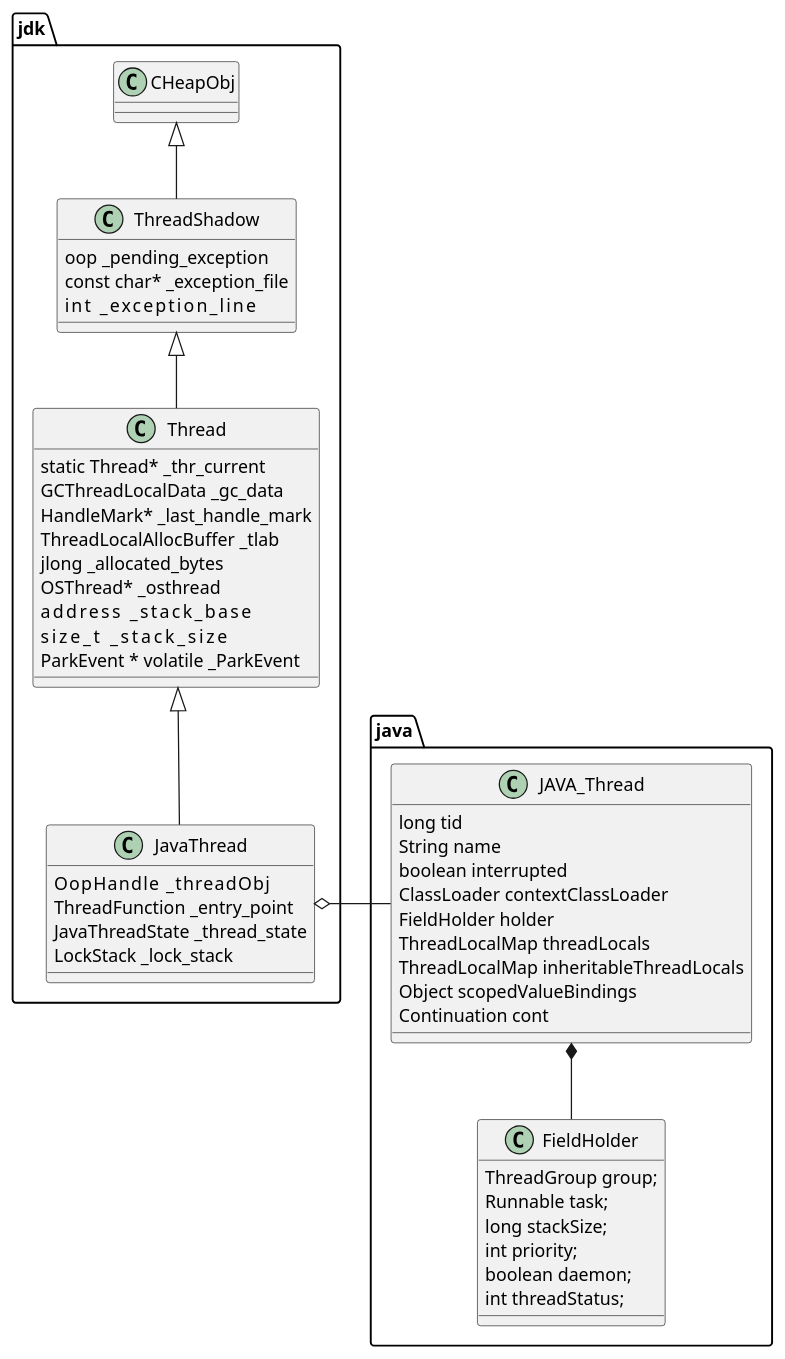
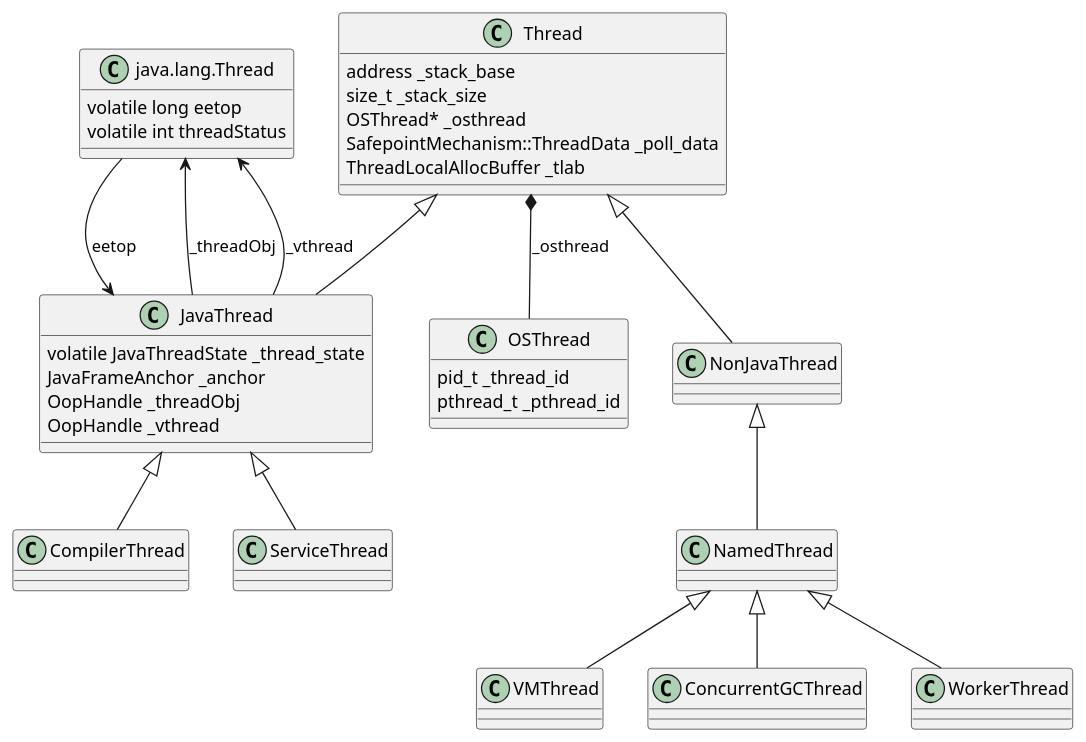
The first of 5 diagrams in content/post/java/jvm/thread/index.md (kevinwang930/kevinwang930.github.io), drawn with PlantUML before and after one commit. The commit also changed other lines of this file and 4 other files, not shown here.

````diff
--- a/content/post/java/jvm/thread/index.md
+++ b/content/post/java/jvm/thread/index.md
@@ -19,58 +28,51 @@
 ```plantuml
+@startuml
+skinparam classAttributeIconSize 0
 
-package java {
-    class JAVA_Thread {
-        long tid
-        String name
-        boolean interrupted
-        ClassLoader contextClassLoader
-        FieldHolder holder
-        ThreadLocalMap threadLocals
-        ThreadLocalMap inheritableThreadLocals
-        Object scopedValueBindings
-        Continuation cont
-    }
-
-    class FieldHolder {
-        ThreadGroup group;
-         Runnable task;
-         long stackSize;
-         int priority;
-         boolean daemon;
-         int threadStatus;
-    }
-    JAVA_Thread *-- FieldHolder
+class "java.lang.Thread" as JLT {
+  volatile long eetop
+  volatile int threadStatus
 }
 
-package jdk {
-class CHeapObj {}
-class ThreadShadow extends CHeapObj {
-    oop _pending_exception
-    const char* _exception_file
-    int         _exception_line
+class Thread {
+  address _stack_base
+  size_t _stack_size
+  OSThread* _osthread
+  SafepointMechanism::ThreadData _poll_data
+  ThreadLocalAllocBuffer _tlab
 }
 
-class Thread extends ThreadShadow {
-    static Thread* _thr_current
-    GCThreadLocalData _gc_data
-    HandleMark* _last_handle_mark
-    ThreadLocalAllocBuffer _tlab
-    jlong _allocated_bytes
-    OSThread* _osthread
-    address          _stack_base
-    size_t           _stack_size
-    ParkEvent * volatile _ParkEvent
-} 
-
-class JavaThread extends Thread {
-    OopHandle      _threadObj
-    ThreadFunction _entry_point
-    JavaThreadState _thread_state
-    LockStack _lock_stack
-}
+class JavaThread {
+  volatile JavaThreadState _thread_state
+  JavaFrameAnchor _anchor
+  OopHandle _threadObj
+  OopHandle _vthread
 }
 
+class OSThread {
+  pid_t _thread_id
+  pthread_t _pthread_id
+}
 
-JavaThread o-right- JAVA_Thread
+class NonJavaThread
+class NamedThread
+class VMThread
+class ConcurrentGCThread
+class WorkerThread
+class CompilerThread
+class ServiceThread
 
+Thread <|-- JavaThread
+Thread <|-- NonJavaThread
+JavaThread <|-- CompilerThread
+JavaThread <|-- ServiceThread
+NonJavaThread <|-- NamedThread
+NamedThread <|-- VMThread
+NamedThread <|-- ConcurrentGCThread
+NamedThread <|-- WorkerThread
+JLT --> JavaThread : eetop
+JavaThread --> JLT : _threadObj
+JavaThread --> JLT : _vthread
+Thread *-- OSThread : _osthread
+@enduml
 ```
````
